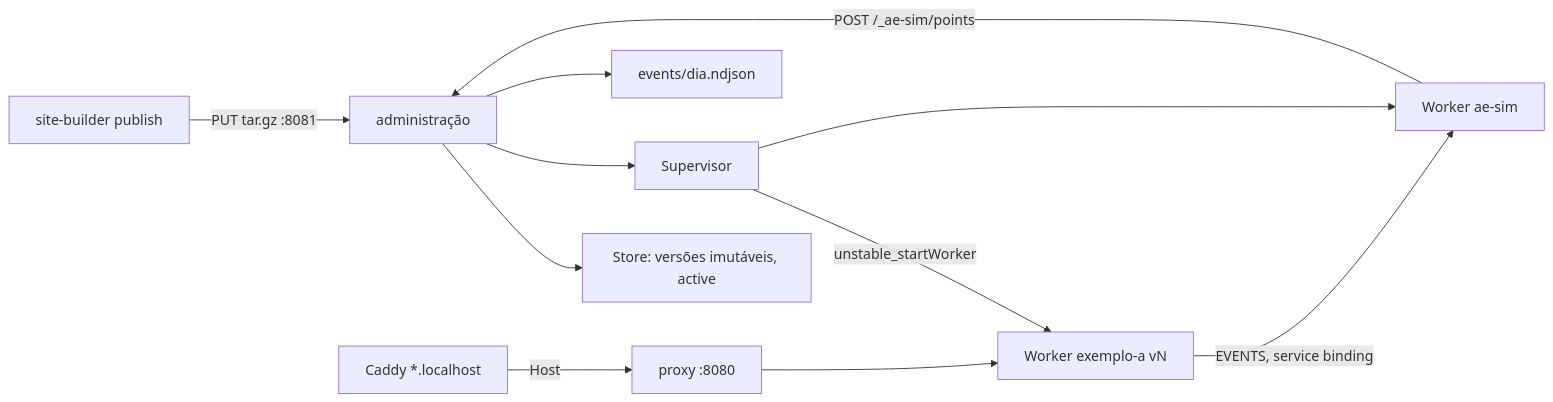
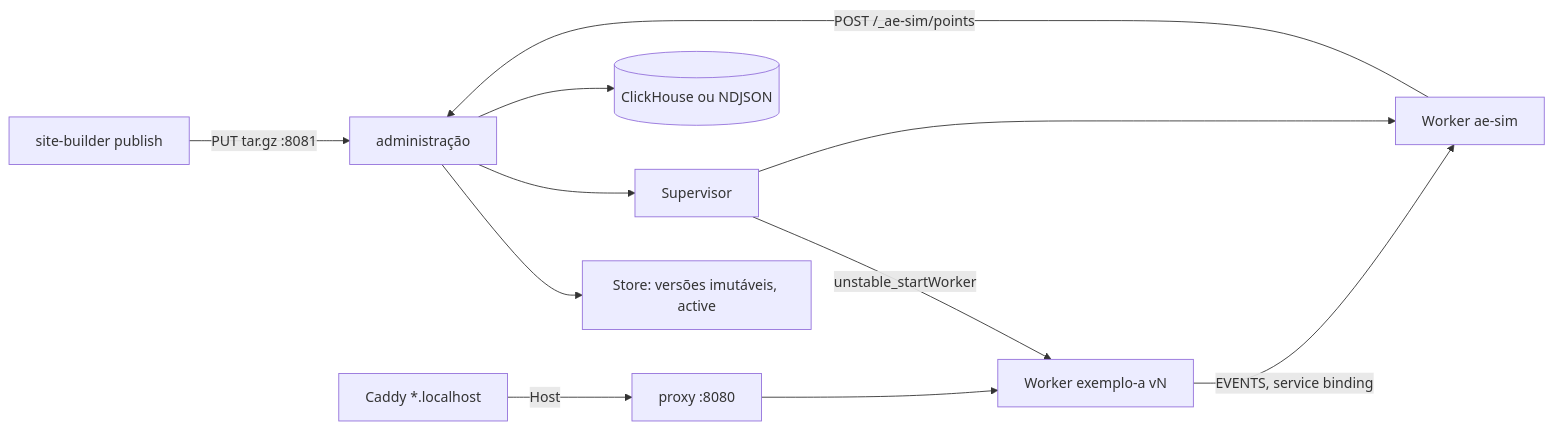
Before and after one commit to Orakel-AI-Content/platform: the diagram in infra/local/edge-local/docs/architecture/overview.md, drawn with Mermaid. The commit also changed other lines of this file and 45 other files, not shown here.

````diff
--- a/infra/local/edge-local/docs/architecture/overview.md
+++ b/infra/local/edge-local/docs/architecture/overview.md
@@ -5,10 +5,10 @@
 ```mermaid
 flowchart LR
   P[site-builder publish] -->|PUT tar.gz :8081| A[administração]
   A --> S[Store: versões imutáveis, active]
   A --> V[Supervisor]
   V -->|unstable_startWorker| W1[Worker exemplo-a vN]
   V --> AE[Worker ae-sim]
   C[Caddy *.localhost] -->|Host| X[proxy :8080] --> W1
-  W1 -->|EVENTS, service binding| AE -->|POST /_ae-sim/points| A --> N[events/dia.ndjson]
+  W1 -->|EVENTS, service binding| AE -->|POST /_ae-sim/points| A --> N[(ClickHouse ou NDJSON)]
 ```
````
